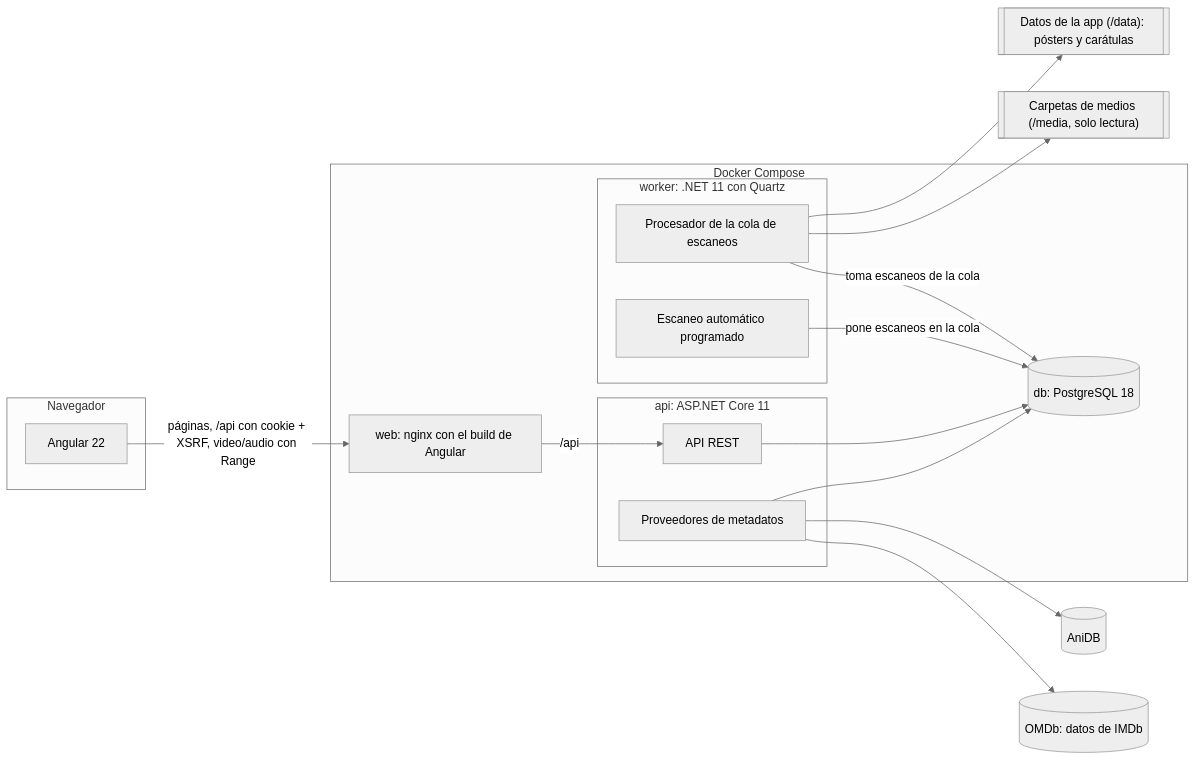
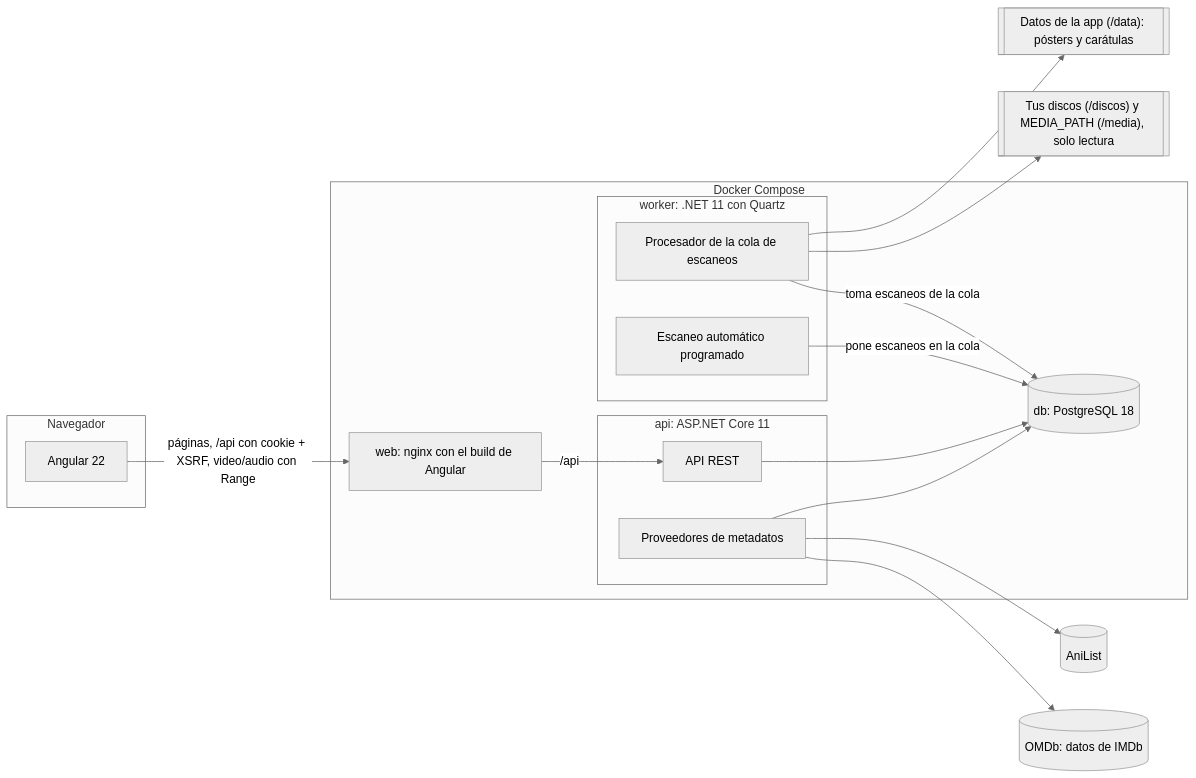
Before and after one commit to RafaelLeonTorres/mediateca: the first of 2 diagrams in PLAN.md, drawn with Mermaid (neutral theme). The commit also changed other lines of this file and 45 other files, not shown here.

First line of the commit message:
Fase 2b: discos, bandeja de Windows y carpetas por serie como en Jellyfin

````diff
--- a/PLAN.md
+++ b/PLAN.md
@@ -63,32 +63,32 @@
 ```mermaid
 flowchart LR
   subgraph Navegador
     UI[Angular 22]
   end
   subgraph Compose["Docker Compose"]
     WEB["web: nginx con el build de Angular"]
     subgraph APIC["api: ASP.NET Core 11"]
       API[API REST]
       META[Proveedores de metadatos]
     end
     subgraph WORKERC["worker: .NET 11 con Quartz"]
       SCAN[Procesador de la cola de escaneos]
       CRON[Escaneo automático programado]
     end
     DB[("db: PostgreSQL 18")]
   end
-  FS[["Carpetas de medios (/media, solo lectura)"]]
+  FS[["Tus discos (/discos) y MEDIA_PATH (/media), solo lectura"]]
   DATA[["Datos de la app (/data): pósters y carátulas"]]
   OMDB[(OMDb: datos de IMDb)]
-  ANIDB[(AniDB)]
+  ANILIST[(AniList)]
   UI -- "páginas, /api con cookie + XSRF, video/audio con Range" --> WEB
   WEB -- "/api" --> API
   API --> DB
   SCAN -- "toma escaneos de la cola" --> DB
   CRON -- "pone escaneos en la cola" --> DB
   SCAN --> FS
   SCAN --> DATA
   META --> OMDB
-  META --> ANIDB
+  META --> ANILIST
   META --> DB
 ```
````
